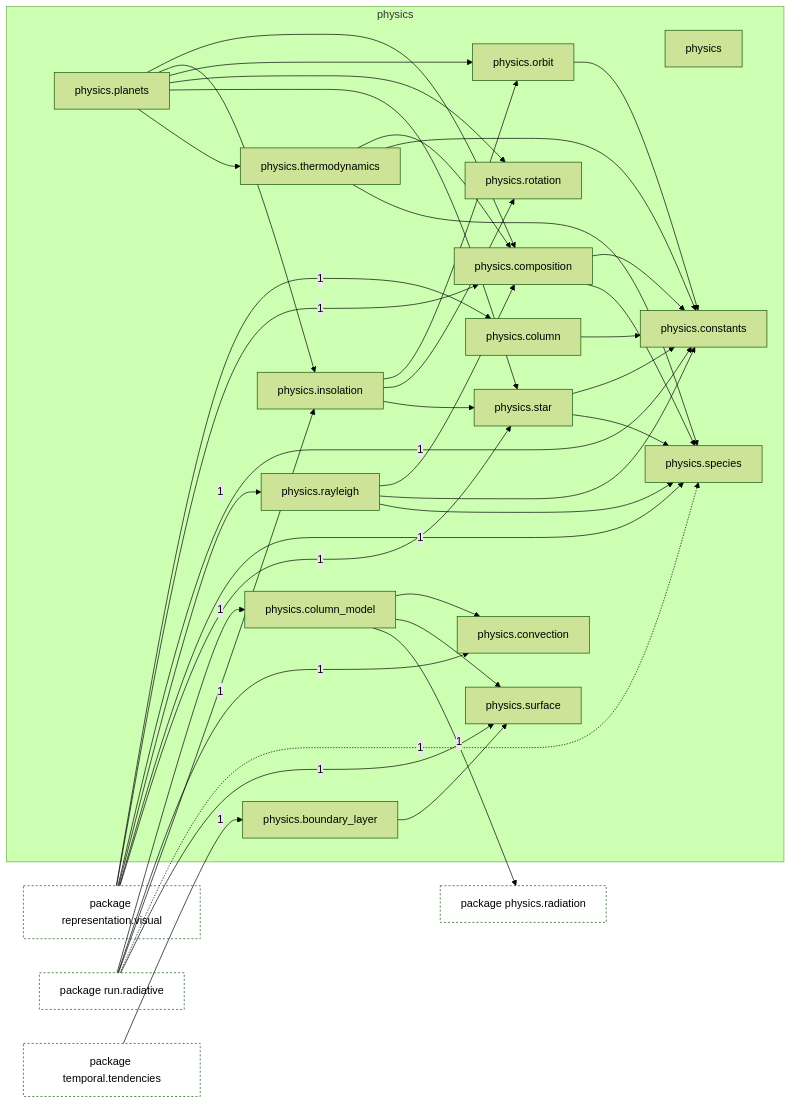
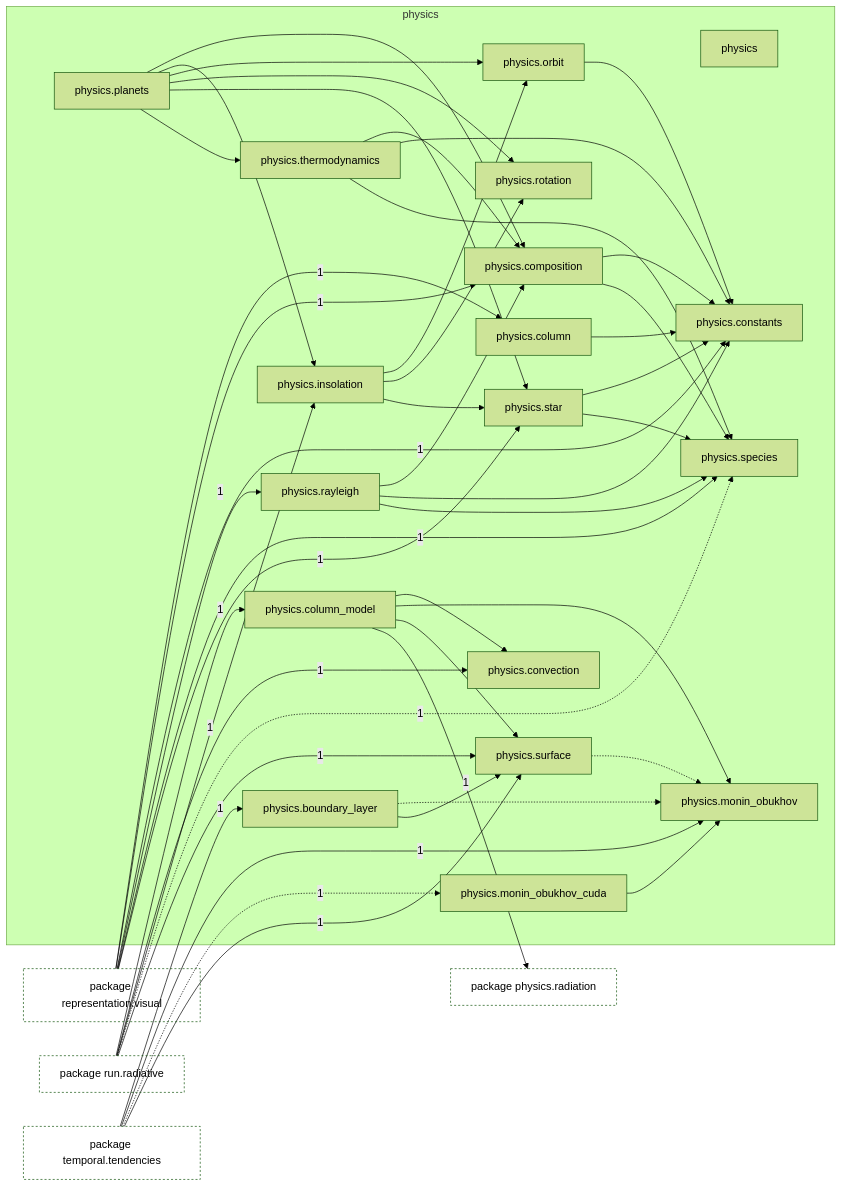
Before and after one commit to AlexandreEros/Palintropos: the first of 2 diagrams in docs/architecture/current/packages/tropoi.physics.md, drawn with Mermaid (forest theme). The commit also changed other lines of this file and 29 other files, not shown here.

First line of the commit message:
feat(physics): opt-in Monin-Obukhov surface layer and stability-dependent K

````diff
--- a/docs/architecture/current/packages/tropoi.physics.md
+++ b/docs/architecture/current/packages/tropoi.physics.md
@@ -34,69 +36,78 @@
 ```mermaid
 %% Generated by tools.architecture 2.3.0. Do not edit by hand.
 %% Modules of tropoi.physics with imports in and out
 flowchart LR
     subgraph g_tropoi_ophysics["physics"]
         n_tropoi_ophysics["physics"]
         n_tropoi_ophysics_oboundary__layer["physics.boundary#95;layer"]
         n_tropoi_ophysics_ocolumn["physics.column"]
         n_tropoi_ophysics_ocolumn__model["physics.column#95;model"]
         n_tropoi_ophysics_ocomposition["physics.composition"]
         n_tropoi_ophysics_oconstants["physics.constants"]
         n_tropoi_ophysics_oconvection["physics.convection"]
         n_tropoi_ophysics_oinsolation["physics.insolation"]
+        n_tropoi_ophysics_omonin__obukhov["physics.monin#95;obukhov"]
+        n_tropoi_ophysics_omonin__obukhov__cuda["physics.monin#95;obukhov#95;cuda"]
         n_tropoi_ophysics_oorbit["physics.orbit"]
         n_tropoi_ophysics_oplanets["physics.planets"]
         n_tropoi_ophysics_orayleigh["physics.rayleigh"]
         n_tropoi_ophysics_orotation["physics.rotation"]
         n_tropoi_ophysics_ospecies["physics.species"]
         n_tropoi_ophysics_ostar["physics.star"]
         n_tropoi_ophysics_osurface["physics.surface"]
         n_tropoi_ophysics_othermodynamics["physics.thermodynamics"]
     end
     p_tropoi_ophysics_oradiation["package physics.radiation"]
     p_tropoi_orepresentation_ovisual["package representation.visual"]
     p_tropoi_orun_oradiative["package run.radiative"]
     p_tropoi_otemporal_otendencies["package temporal.tendencies"]
+    n_tropoi_ophysics_oboundary__layer -.-> n_tropoi_ophysics_omonin__obukhov
     n_tropoi_ophysics_oboundary__layer --> n_tropoi_ophysics_osurface
     n_tropoi_ophysics_ocolumn --> n_tropoi_ophysics_oconstants
     n_tropoi_ophysics_ocolumn__model --> n_tropoi_ophysics_oconvection
+    n_tropoi_ophysics_ocolumn__model --> n_tropoi_ophysics_omonin__obukhov
     n_tropoi_ophysics_ocolumn__model --> n_tropoi_ophysics_osurface
     n_tropoi_ophysics_ocomposition --> n_tropoi_ophysics_oconstants
     n_tropoi_ophysics_ocomposition --> n_tropoi_ophysics_ospecies
     n_tropoi_ophysics_oinsolation --> n_tropoi_ophysics_oorbit
     n_tropoi_ophysics_oinsolation --> n_tropoi_ophysics_orotation
     n_tropoi_ophysics_oinsolation --> n_tropoi_ophysics_ostar
+    n_tropoi_ophysics_omonin__obukhov__cuda --> n_tropoi_ophysics_omonin__obukhov
     n_tropoi_ophysics_oorbit --> n_tropoi_ophysics_oconstants
     n_tropoi_ophysics_oplanets --> n_tropoi_ophysics_ocomposition
     n_tropoi_ophysics_oplanets --> n_tropoi_ophysics_oinsolation
     n_tropoi_ophysics_oplanets --> n_tropoi_ophysics_oorbit
     n_tropoi_ophysics_oplanets --> n_tropoi_ophysics_orotation
     n_tropoi_ophysics_oplanets --> n_tropoi_ophysics_ostar
     n_tropoi_ophysics_oplanets --> n_tropoi_ophysics_othermodynamics
     n_tropoi_ophysics_orayleigh --> n_tropoi_ophysics_ocomposition
     n_tropoi_ophysics_orayleigh --> n_tropoi_ophysics_oconstants
     n_tropoi_ophysics_orayleigh --> n_tropoi_ophysics_ospecies
     n_tropoi_ophysics_ostar --> n_tropoi_ophysics_oconstants
     n_tropoi_ophysics_ostar --> n_tropoi_ophysics_ospecies
+    n_tropoi_ophysics_osurface -.-> n_tropoi_ophysics_omonin__obukhov
     n_tropoi_ophysics_othermodynamics --> n_tropoi_ophysics_ocomposition
     n_tropoi_ophysics_othermodynamics --> n_tropoi_ophysics_oconstants
     n_tropoi_ophysics_othermodynamics --> n_tropoi_ophysics_ospecies
     p_tropoi_orepresentation_ovisual -->|1| n_tropoi_ophysics_ocolumn
     p_tropoi_orepresentation_ovisual -->|1| n_tropoi_ophysics_ocomposition
     p_tropoi_orepresentation_ovisual -->|1| n_tropoi_ophysics_oconstants
     p_tropoi_orepresentation_ovisual -->|1| n_tropoi_ophysics_orayleigh
     p_tropoi_orepresentation_ovisual -->|1| n_tropoi_ophysics_ospecies
     p_tropoi_orepresentation_ovisual -->|1| n_tropoi_ophysics_ostar
     p_tropoi_orun_oradiative -->|1| n_tropoi_ophysics_ocolumn__model
     p_tropoi_orun_oradiative -->|1| n_tropoi_ophysics_oconvection
     p_tropoi_orun_oradiative -->|1| n_tropoi_ophysics_oinsolation
     p_tropoi_orun_oradiative -.->|1| n_tropoi_ophysics_ospecies
     p_tropoi_orun_oradiative -->|1| n_tropoi_ophysics_osurface
     p_tropoi_otemporal_otendencies -->|1| n_tropoi_ophysics_oboundary__layer
+    p_tropoi_otemporal_otendencies -->|1| n_tropoi_ophysics_omonin__obukhov
+    p_tropoi_otemporal_otendencies -.->|1| n_tropoi_ophysics_omonin__obukhov__cuda
+    p_tropoi_otemporal_otendencies -->|1| n_tropoi_ophysics_osurface
     n_tropoi_ophysics_ocolumn__model -->|1| p_tropoi_ophysics_oradiation
     classDef other fill:none,stroke-dasharray:3 3
     class p_tropoi_ophysics_oradiation other
     class p_tropoi_orepresentation_ovisual other
     class p_tropoi_orun_oradiative other
     class p_tropoi_otemporal_otendencies other
 ```
````
